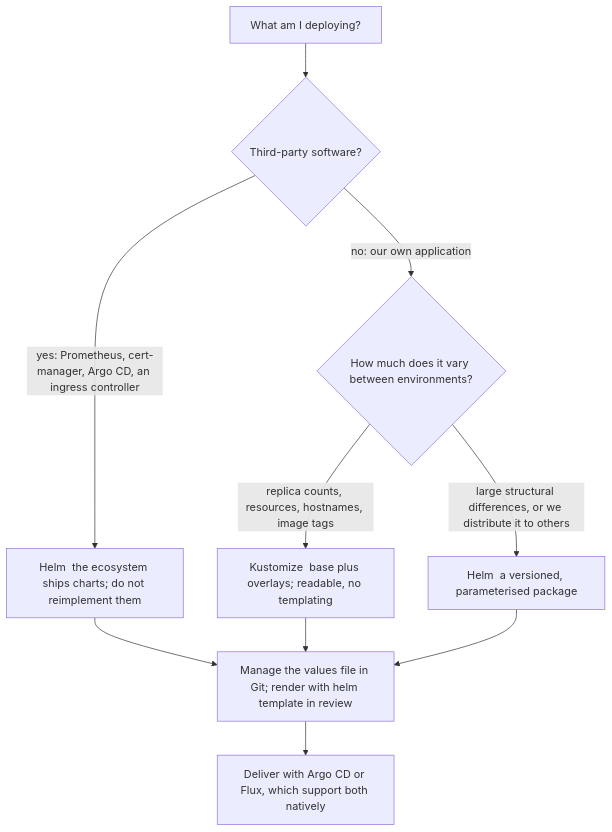
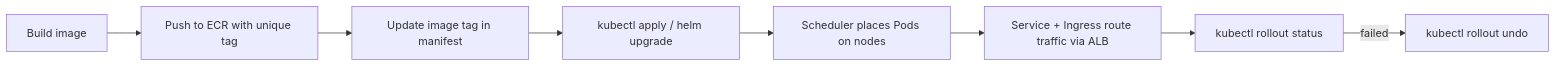
The diagram in docs/unit3/topic2.md (norbutlepcha25/dso303), drawn with Mermaid before and after one commit. The commit also changed other lines of this file and 164 other files, not shown here.

````diff
--- a/docs/unit3/topic2.md
+++ b/docs/unit3/topic2.md
@@ -373,12 +142,10 @@
 ```mermaid
-flowchart TD
-    A["What am I deploying?"] --> B{"Third-party software?"}
-    B -->|"yes: Prometheus, cert-manager, Argo CD, an ingress controller"| C["Helm  the ecosystem ships charts; do not reimplement them"]
-    B -->|"no: our own application"| D{"How much does it vary between environments?"}
-    D -->|"replica counts, resources, hostnames, image tags"| E["Kustomize  base plus overlays; readable, no templating"]
-    D -->|"large structural differences, or we distribute it to others"| F["Helm  a versioned, parameterised package"]
-    C --> G["Manage the values file in Git; render with helm template in review"]
-    E --> G
-    F --> G
-    G --> H["Deliver with Argo CD or Flux, which support both natively"]
+flowchart LR
+    A["Build image"] --> B["Push to ECR with unique tag"]
+    B --> C["Update image tag in manifest"]
+    C --> D["kubectl apply / helm upgrade"]
+    D --> E["Scheduler places Pods on nodes"]
+    E --> F["Service + Ingress route traffic via ALB"]
+    F --> G["kubectl rollout status"]
+    G -->|"failed"| H["kubectl rollout undo"]
 ```
````
